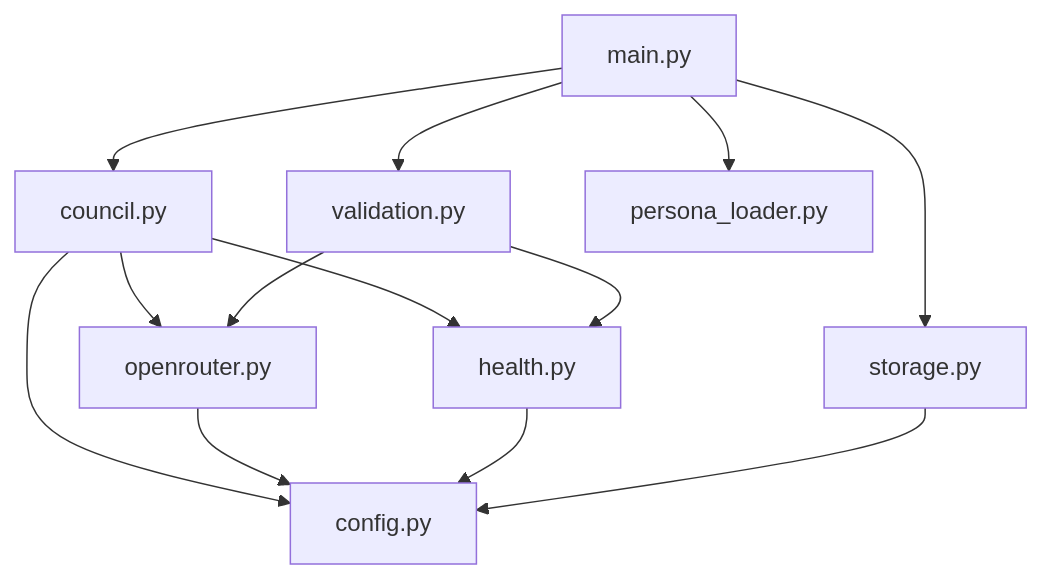
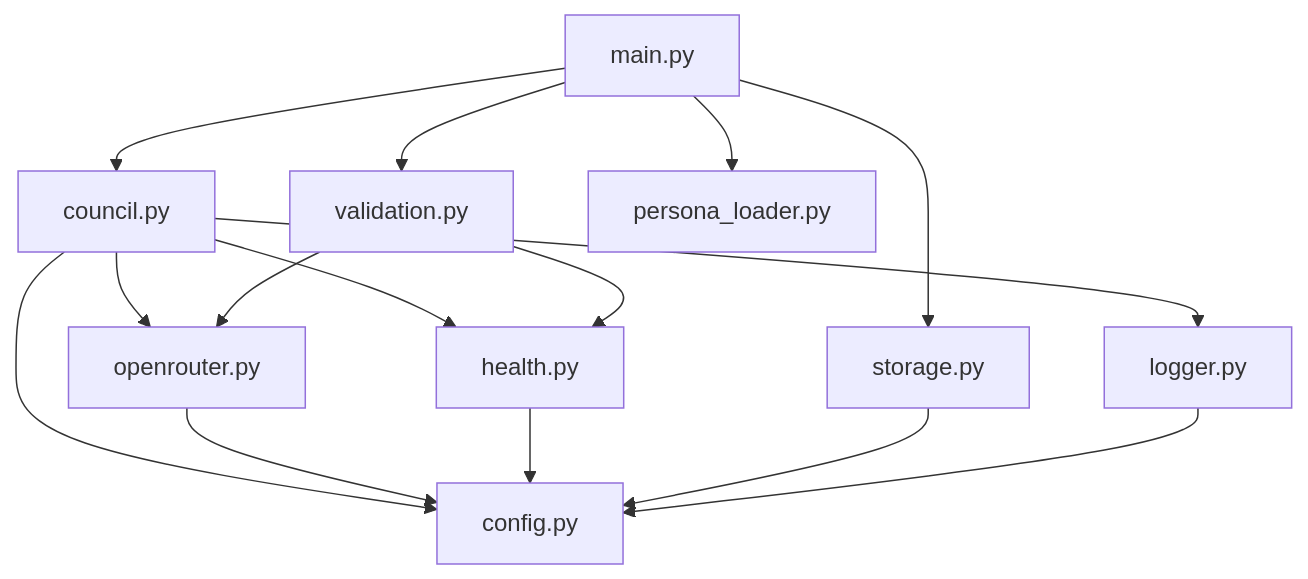
Before and after one commit to JGPliskin/llm_council_sentinel: the second of 4 diagrams in docs/Architecture.md, drawn with Mermaid. The commit also changed other lines of this file and 10 other files, not shown here.

````diff
--- a/docs/Architecture.md
+++ b/docs/Architecture.md
@@ -119,15 +119,17 @@
 ```mermaid
 graph TD
     main.py --> council.py
     main.py --> storage.py
     main.py --> validation.py
     main.py --> persona_loader.py
     council.py --> openrouter.py
     council.py --> health.py
     council.py --> config.py
     validation.py --> health.py
     validation.py --> openrouter.py
     openrouter.py --> config.py
     health.py --> config.py
     storage.py --> config.py
+    council.py --> logger.py
+    logger.py --> config.py
 ```
````
